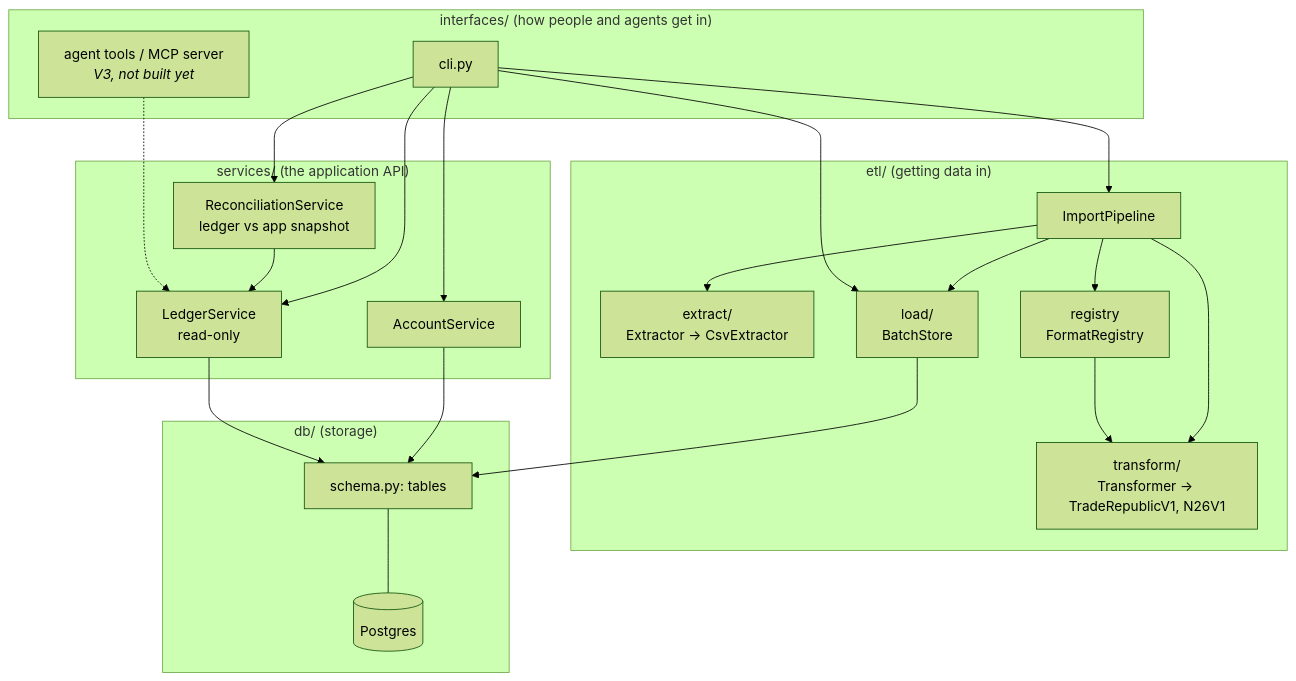
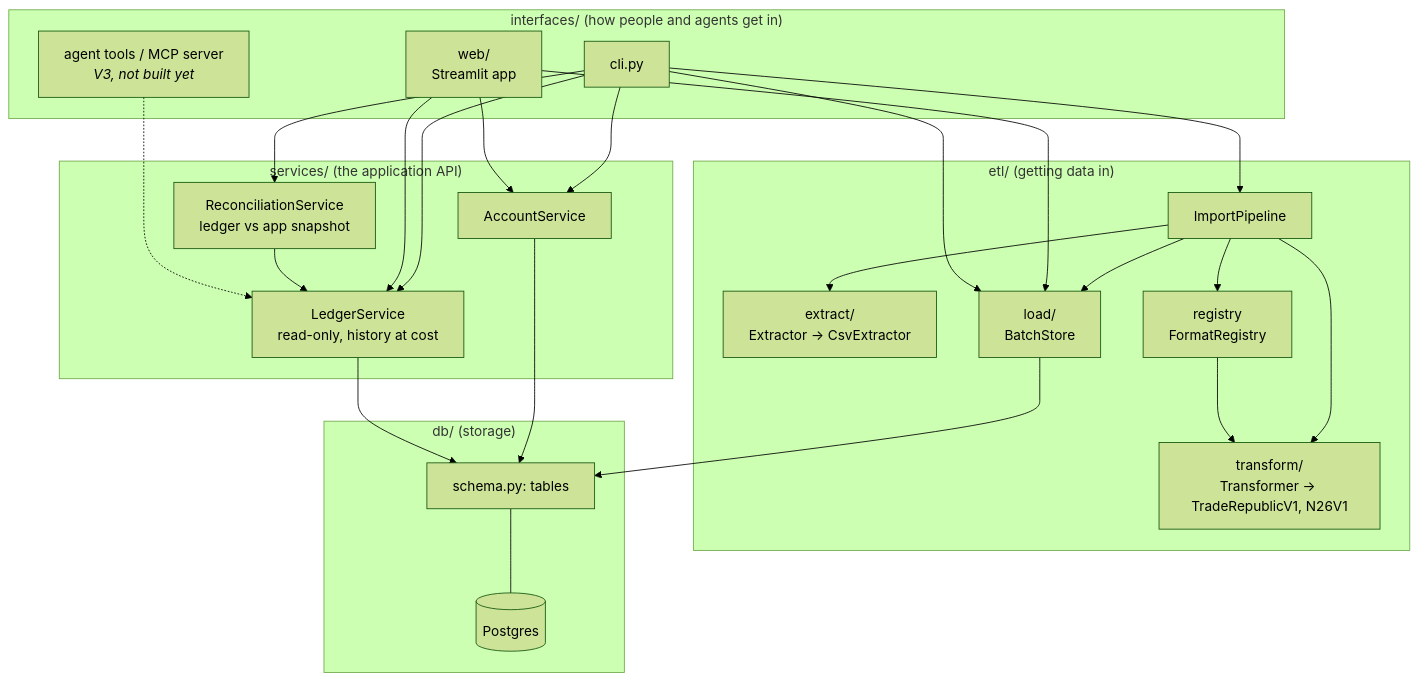
One commit to jui-hung-yuan/our-pocket changed the first of 4 diagrams in docs/architecture.md. Above: the diagram before and after it, drawn with Mermaid (forest theme). The commit also changed other lines of this file and 35 other files, not shown here.

First line of the commit message:
feat(web): local Streamlit app, raw fields in review, N26 Authorization as cash (#1)

````diff
--- a/docs/architecture.md
+++ b/docs/architecture.md
@@ -9,43 +9,47 @@
 ```mermaid
 flowchart TB
     subgraph interfaces["interfaces/  (how people and agents get in)"]
         CLI["cli.py"]
+        WEB["web/<br/>Streamlit app"]
         TOOLS["agent tools / MCP server<br/><i>V3, not built yet</i>"]
     end
 
     subgraph services["services/  (the application API)"]
         ACC["AccountService"]
-        LED["LedgerService<br/>read-only"]
+        LED["LedgerService<br/>read-only, history at cost"]
         REC["ReconciliationService<br/>ledger vs app snapshot"]
     end
 
     subgraph etl["etl/  (getting data in)"]
         PIPE["ImportPipeline"]
         EX["extract/<br/>Extractor → CsvExtractor"]
         REG["registry<br/>FormatRegistry"]
         TR["transform/<br/>Transformer → TradeRepublicV1, N26V1"]
         LD["load/<br/>BatchStore"]
         PIPE --> EX
         PIPE --> REG
         PIPE --> TR
         PIPE --> LD
         REG --> TR
     end
 
     subgraph db["db/  (storage)"]
         SCHEMA["schema.py: tables"]
         PG[("Postgres")]
     end
 
     CLI --> ACC
     CLI --> LED
     CLI --> REC
+    WEB --> ACC
+    WEB --> LED
+    WEB --> LD
     REC --> LED
     CLI --> PIPE
     CLI --> LD
     TOOLS -.-> LED
     ACC --> SCHEMA
     LED --> SCHEMA
     LD --> SCHEMA
     SCHEMA --- PG
 ```
````
